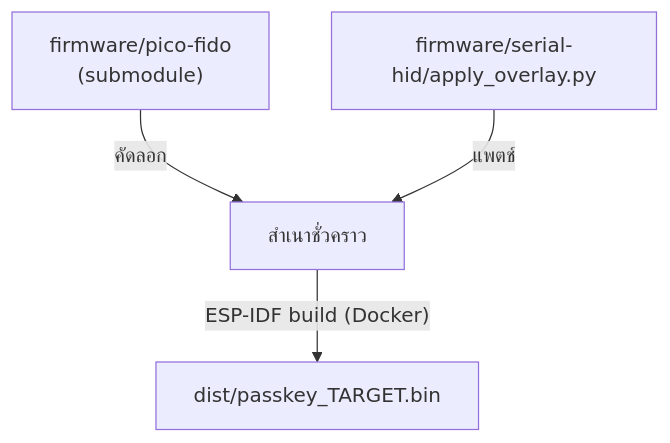
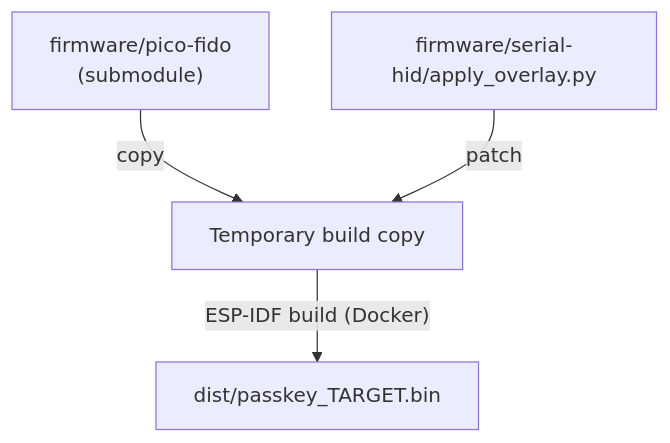
Before and after one commit to ffe111/esp32-passkey: the fourth of 4 diagrams in README.md, drawn with Mermaid. The commit also changed other lines of this file and 1 other file, not shown here.

````diff
--- a/README.md
+++ b/README.md
@@ -228,6 +253,6 @@
 ```mermaid
 flowchart TB
-    U["firmware/pico-fido<br/>(submodule)"] -->|คัดลอก| CP["สำเนาชั่วคราว"]
-    OV["firmware/serial-hid/apply_overlay.py"] -->|แพตช์| CP
+    U["firmware/pico-fido<br/>(submodule)"] -->|copy| CP["Temporary build copy"]
+    OV["firmware/serial-hid/apply_overlay.py"] -->|patch| CP
     CP -->|"ESP-IDF build (Docker)"| BIN["dist/passkey_TARGET.bin"]
 ```
````
